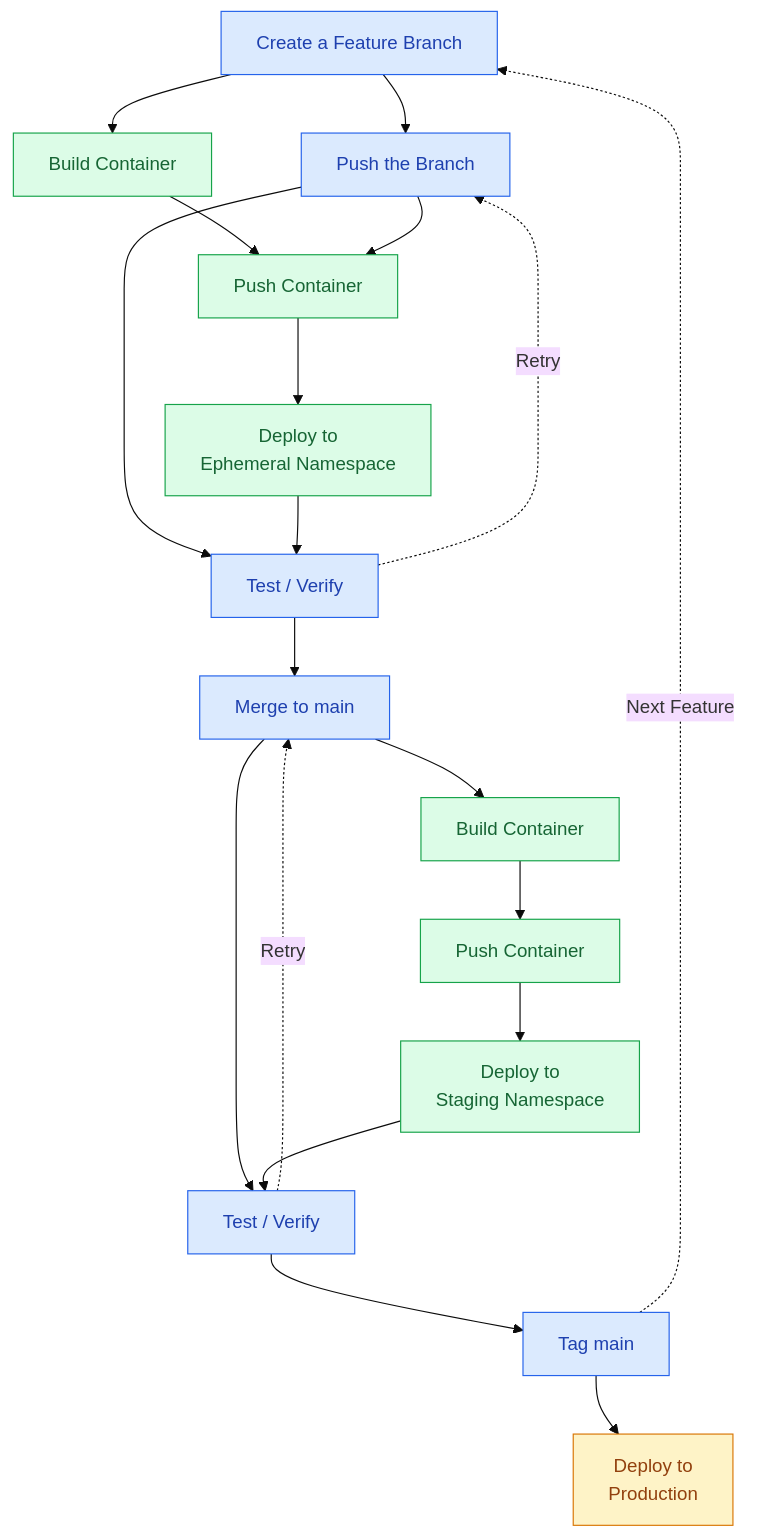
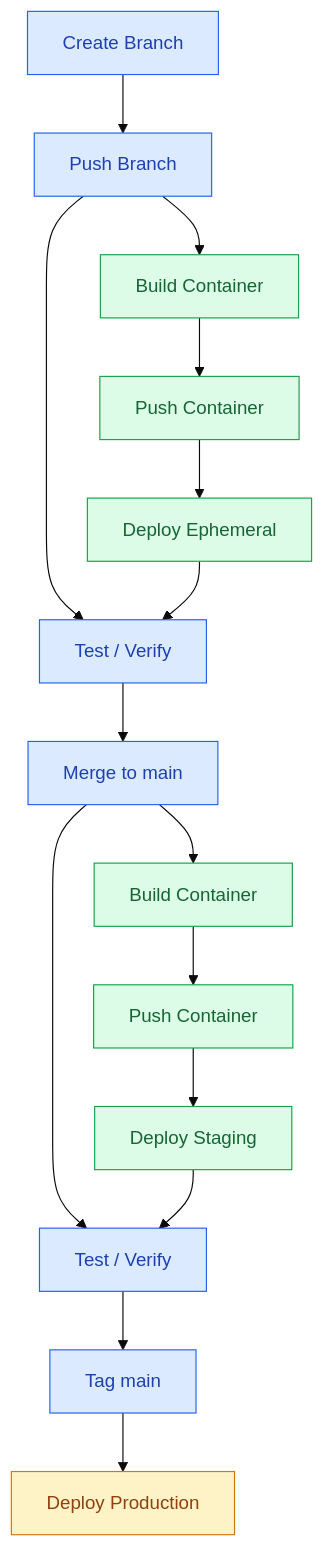
Before and after one commit to dxas90/learn: the diagram in README.md, drawn with Mermaid (base theme).

Commit message:
Revise README flowchart for clarity and accuracy
Updated flowchart for feature branch workflow and deployment process.

````diff
--- a/README.md
+++ b/README.md
@@ -63,48 +63,28 @@
 ```mermaid
+flowchart TB
+    A["Create Branch"] --> B["Push Branch"]
+    B --> C["Test / Verify"]
+    C --> D["Merge to main"]
+    D --> E["Test / Verify"]
+    E --> F["Tag main"]
 
-flowchart TB
-    A["Create a Feature Branch"]
-    B["Push the Branch"]
-    C["Test / Verify"]
-    D["Merge to main"]
-    E["Test / Verify"]
-    F["Tag main"]
-
-    G["Build Container"]
-    H["Push Container"]
-    I["Deploy to<br/>Ephemeral Namespace"]
-
-    J["Build Container"]
-    K["Push Container"]
-    L["Deploy to<br/>Staging Namespace"]
-
-    M["Deploy to<br/>Production"]
-
-    A --> B --> C --> D --> E --> F
-
-    G --> H --> I
-    J --> K --> L
-
-    A --> G
-    B --> H
+    B --> G["Build Container"]
+    G --> H["Push Container"]
+    H --> I["Deploy Ephemeral"]
     I --> C
 
-    D --> J
+    D --> J["Build Container"]
+    J --> K["Push Container"]
+    K --> L["Deploy Staging"]
     L --> E
-    F --> M
 
-    C -.->|Retry| B
-    E -.->|Retry| D
-    F -.->|Next Feature| A
-
-    I ~~~ J
-    L ~~~ M
+    F --> M["Deploy Production"]
 
     classDef git fill:#dbeafe,stroke:#2563eb,color:#1e40af
     classDef ci fill:#dcfce7,stroke:#16a34a,color:#166534
-    classDef production fill:#fef3c7,stroke:#d97706,color:#92400e
+    classDef prod fill:#fef3c7,stroke:#d97706,color:#92400e
 
     class A,B,C,D,E,F git
     class G,H,I,J,K,L ci
-    class M production
+    class M prod
 ```
````
